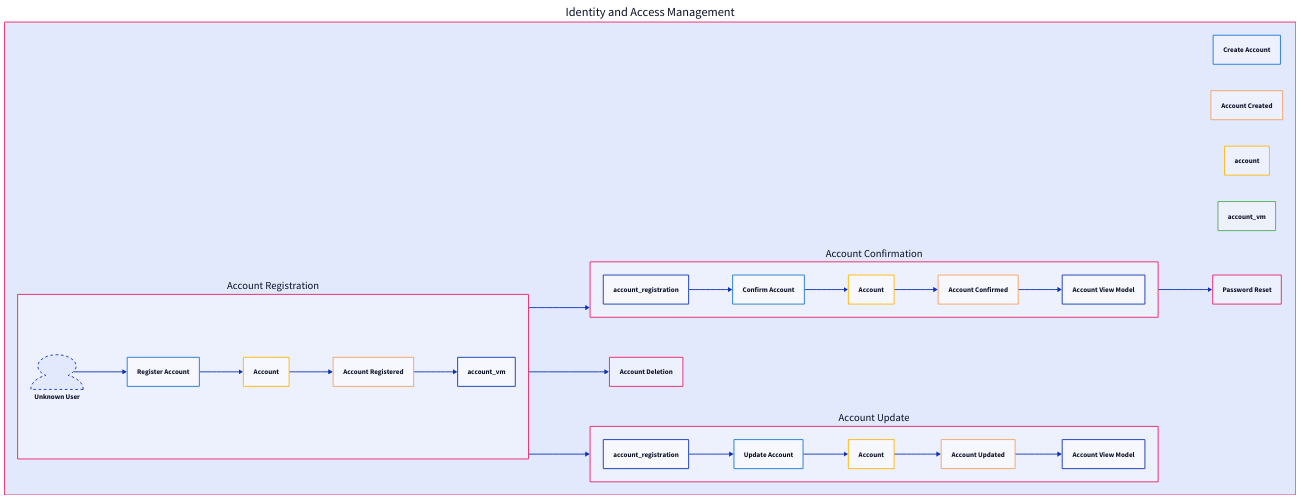
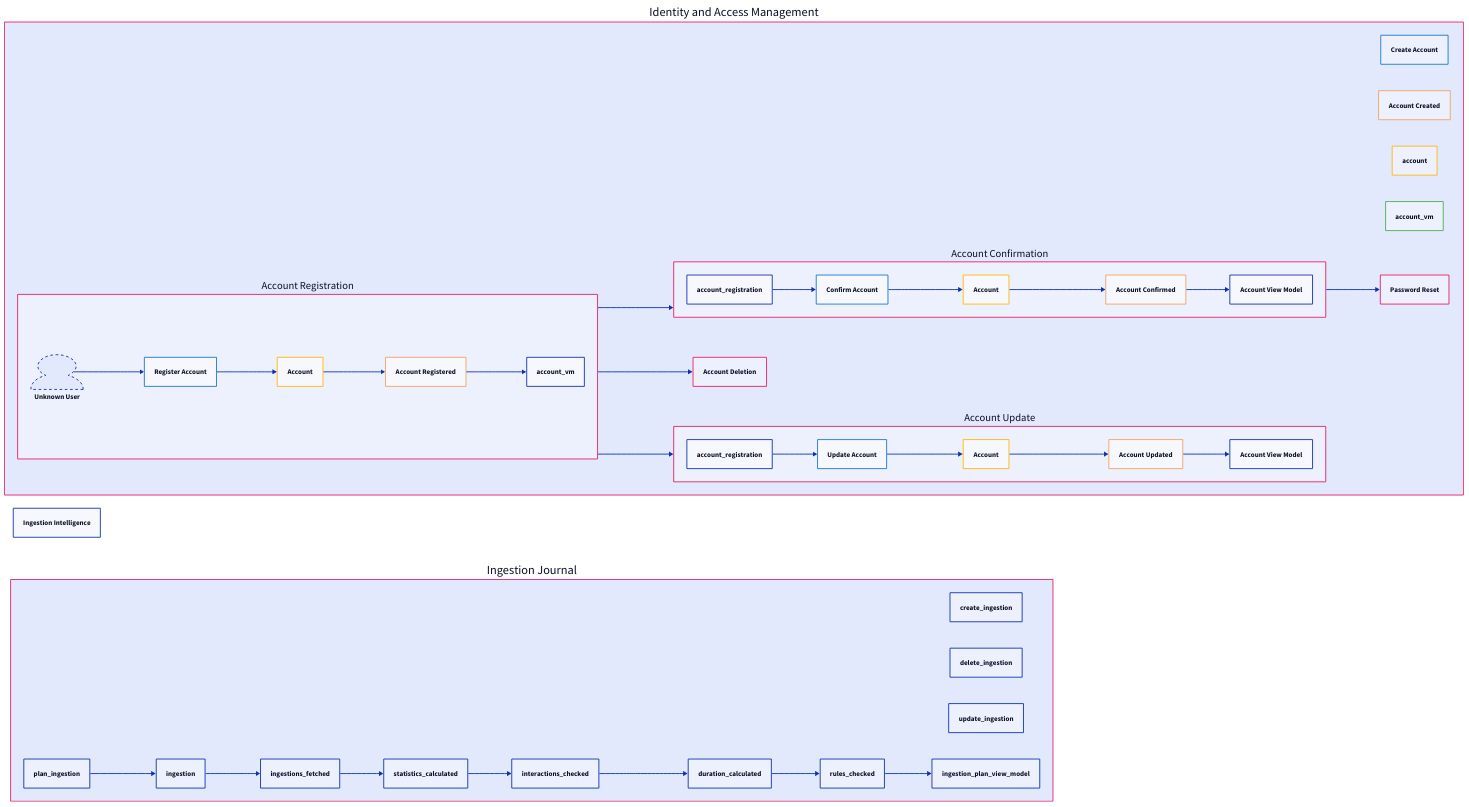
One commit to keinsell/neuroneek changed the diagram in docs/Architecture/storming.d2. Above: the diagram before and after it, drawn with D2. The commit also changed 7 other files, not shown here.

Commit message:
refactor(cli): ♻️ update `ingestion_intelligence`

```diff
--- a/docs/Architecture/storming.d2
+++ b/docs/Architecture/storming.d2
@@ -37,21 +37,21 @@
     style.stroke: ${colors.command}
   }
   actor: {
-  shape: person
-  style.stroke-dash: 3
+    shape: person
+    style.stroke-dash: 3
   }
-    event: {
-        style.stroke: ${colors.event}
-    }
-    aggregate: {
-        style.stroke: ${colors.aggregate}
-    }
-    bounded_context: {
-        style.stroke: ${colors.bounded_context}
-    }
-    timeline: {
-        style.stroke: ${colors.timeline}
-    }
+  event: {
+    style.stroke: ${colors.event}
+  }
+  aggregate: {
+    style.stroke: ${colors.aggregate}
+  }
+  bounded_context: {
+    style.stroke: ${colors.bounded_context}
+  }
+  timeline: {
+    style.stroke: ${colors.timeline}
+  }
   med: {
     width: 200
     height: 200
@@ -73,129 +73,152 @@
   }
 }
 
-identity_and_access_management {
-    label: "Identity and Access Management"
+identity_and_access_management: {
+  label: "Identity and Access Management"
+  style.stroke: "#E91E63"
+
+  # Commands
+  create_account: {
+    label: "Create Account"
+    class: command
+  }
+
+  # Events
+  account_created: {
+    label: "Account Created"
+    style.stroke: "#f4a261"
+  }
+
+  account_created
+  account_created.style.stroke: "#f4a261"
+
+  create_account
+  create_account.style.stroke: "#1976D2"
+
+  account
+  account.style.stroke: "#FFB703"
+
+  account_vm
+  account_vm.style.stroke: "#4CAF50"
+
+  account_registration: {
+    label: "Account Registration"
     style.stroke: "#E91E63"
 
-    # Commands
-    create_account {
-        label: "Create Account"
-        class: command
+    register_account: {
+      label: "Register Account"
+      class: command
     }
 
-    # Events
-    account_created {
-        label: "Account Created"
-        style.stroke: "#f4a261"
+    account_registered: {
+      label: "Account Registered"
+      style.stroke: "#f4a261"
     }
 
-    account_created
-    account_created.style.stroke: "#f4a261"
-
-    create_account
-    create_account.style.stroke: "#1976D2"
-
-    account
-    account.style.stroke: "#FFB703"
-
-    account_vm
-    account_vm.style.stroke: "#4CAF50"
-
-    account_registration {
-        label: "Account Registration"
-        style.stroke: "#E91E63"
-
-        register_account {
-            label: "Register Account"
-            class: command
-        }
-
-        account_registered {
-            label: "Account Registered"
-            style.stroke: "#f4a261"
-        }
-
-        account {
-            label: "Account"
-            class: aggregate
-        }
-
-        unknown_user: {
-            label: "Unknown User"
-            class: actor
-        }
-
-        unknown_user -> register_account -> account -> account_registered -> account_vm
+    account: {
+      label: "Account"
+      class: aggregate
     }
 
-    account_confirmation {
-        label: "Account Confirmation"
-        style.stroke: "#E91E63"
-
-        confirm_account {
-            label: "Confirm Account"
-            class: command
-        }
-
-        account_confirmed {
-            label: "Account Confirmed"
-            style.stroke: "#f4a261"
-        }
-
-        account {
-            label: "Account"
-            class: aggregate
-        }
-
-        account_view_model {
-            label: "Account View Model"
-            class: read_model
-        }
-
-        account_registration -> confirm_account ->  account -> account_confirmed -> account_view_model
+    unknown_user: {
+      label: "Unknown User"
+      class: actor
     }
 
-    account_deletion {
-            label: "Account Deletion"
-            style.stroke: "#E91E63"
+    unknown_user -> register_account -> account -> account_registered -> account_vm
+  }
+
+  account_confirmation: {
+    label: "Account Confirmation"
+    style.stroke: "#E91E63"
+
+    confirm_account: {
+      label: "Confirm Account"
+      class: command
     }
 
-    password_reset {
-                label: "Password Reset"
-                style.stroke: "#E91E63"
+    account_confirmed: {
+      label: "Account Confirmed"
+      style.stroke: "#f4a261"
     }
 
-    account_update {
-        label: "Account Update"
-        style.stroke: "#E91E63"
-
-        update_account {
-            label: "Update Account"
-            class: command
-        }
-
-        account_updated {
-            label: "Account Updated"
-            style.stroke: "#f4a261"
-        }
-
-        account {
-            label: "Account"
-            class: aggregate
-        }
-
-        account_view_model {
-            label: "Account View Model"
-            class: read_model
-        }
-
-        account_registration -> update_account ->  account -> account_updated -> account_view_model
+    account: {
+      label: "Account"
+      class: aggregate
     }
 
+    account_view_model: {
+      label: "Account View Model"
+      class: read_model
+    }
 
+    account_registration -> confirm_account -> account -> account_confirmed -> account_view_model
+  }
 
-    account_registration -> account_confirmation
-    account_registration -> account_deletion
-    account_confirmation -> password_reset
-    account_registration -> account_update
+  account_deletion: {
+    label: "Account Deletion"
+    style.stroke: "#E91E63"
+  }
+
+  password_reset: {
+    label: "Password Reset"
+    style.stroke: "#E91E63"
+  }
+
+  account_update: {
+    label: "Account Update"
+    style.stroke: "#E91E63"
+
+    update_account: {
+      label: "Update Account"
+      class: command
+    }
+
+    account_updated: {
+      label: "Account Updated"
+      style.stroke: "#f4a261"
+    }
+
+    account: {
+      label: "Account"
+      class: aggregate
+    }
+
+    account_view_model: {
+      label: "Account View Model"
+      class: read_model
+    }
+
+    account_registration -> update_account -> account -> account_updated -> account_view_model
+  }
+
+  account_registration -> account_confirmation
+  account_registration -> account_deletion
+  account_confirmation -> password_reset
+  account_registration -> account_update
 }
+
+ingestion_journal: {
+  label: "Ingestion Journal"
+  style.stroke: "#E91E63"
+
+  create_ingestion
+  delete_ingestion
+  update_ingestion
+  plan_ingestion
+
+  plan_ingestion -> ingestion -> ingestions_fetched -> statistics_calculated -> interactions_checked -> duration_calculated -> rules_checked -> ingestion_plan_view_model
+}
+
+# Ingestion Intelligence is a component dedicated to the analysis of the data
+# contained in the ingestions journals to predict and avoid harm potential.
+# This is also intented to calculate and visualize statistics about the
+# interactions between the users and the system.
+ingestion_intelligence: {
+  label: "Ingestion Intelligence"
+
+  # TODO: Average ingestions
+  # TODO: Average dosages
+  # TODO: Most common effects
+  # TODO: Most common side-effects
+}
```
